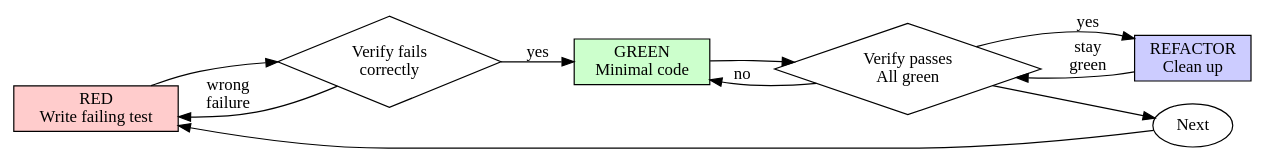
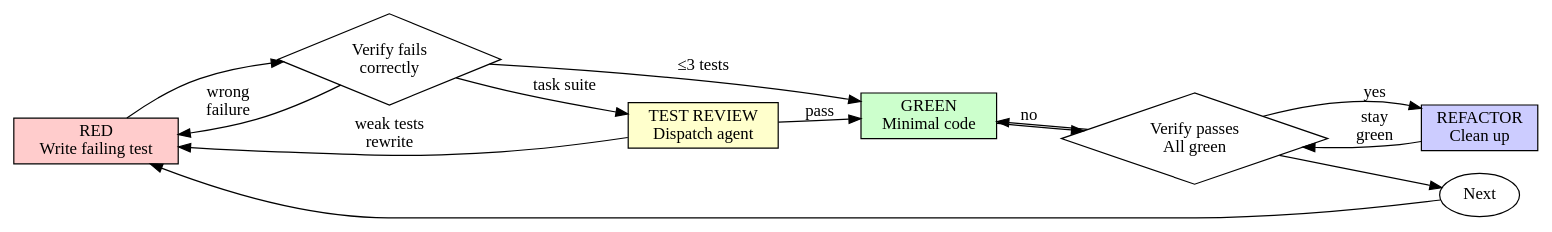
Before and after one commit to RTinkslinger/ultimate-product-powers: the diagram in skills/test-driven-development/SKILL.md, drawn with Graphviz. The commit also changed other lines of this file and 5 other files, not shown here.

First line of the commit message:
feat(tdd): agent-aware TDD with test-reviewer gate, behavioral testing principle

````diff
--- a/skills/test-driven-development/SKILL.md
+++ b/skills/test-driven-development/SKILL.md
@@ -49,21 +70,25 @@
 ```dot
 digraph tdd_cycle {
     rankdir=LR;
     red [label="RED\nWrite failing test", shape=box, style=filled, fillcolor="#ffcccc"];
     verify_red [label="Verify fails\ncorrectly", shape=diamond];
+    review [label="TEST REVIEW\nDispatch agent", shape=box, style=filled, fillcolor="#ffffcc"];
     green [label="GREEN\nMinimal code", shape=box, style=filled, fillcolor="#ccffcc"];
     verify_green [label="Verify passes\nAll green", shape=diamond];
     refactor [label="REFACTOR\nClean up", shape=box, style=filled, fillcolor="#ccccff"];
     next [label="Next", shape=ellipse];
 
     red -> verify_red;
-    verify_red -> green [label="yes"];
+    verify_red -> green [label="≤3 tests"];
+    verify_red -> review [label="task suite"];
+    review -> green [label="pass"];
+    review -> red [label="weak tests\nrewrite"];
     verify_red -> red [label="wrong\nfailure"];
     green -> verify_green;
     verify_green -> refactor [label="yes"];
     verify_green -> green [label="no"];
     refactor -> verify_green [label="stay\ngreen"];
     verify_green -> next;
     next -> red;
 }
 ```
````
